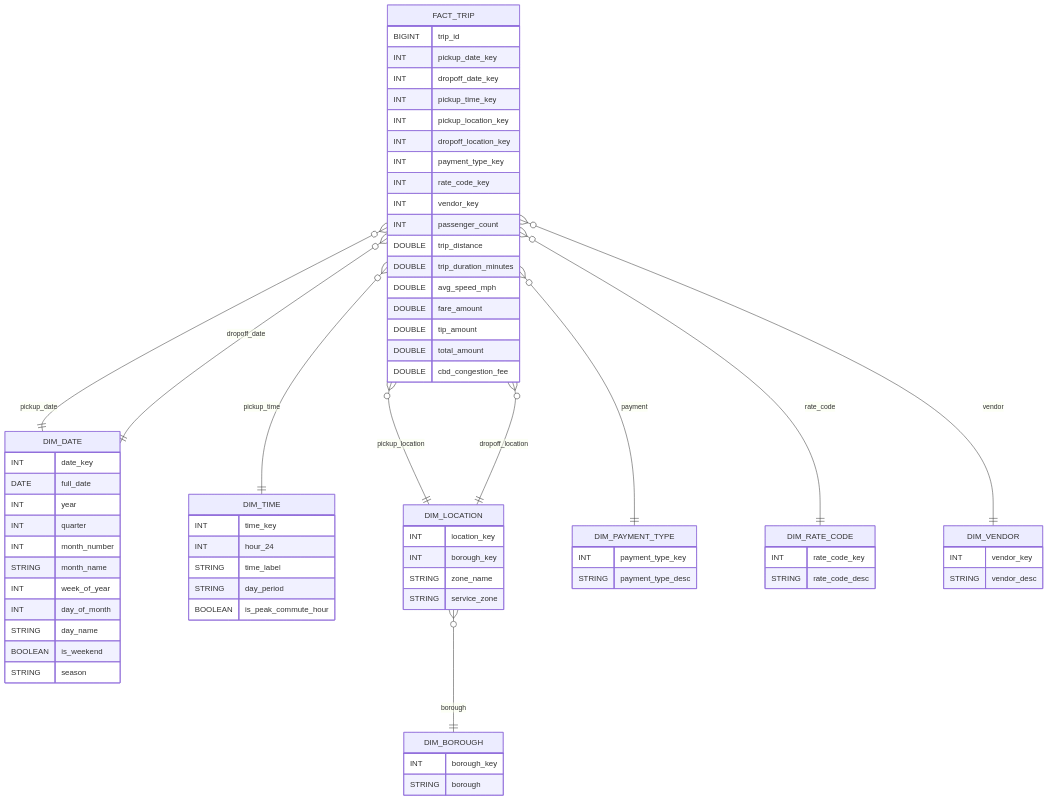
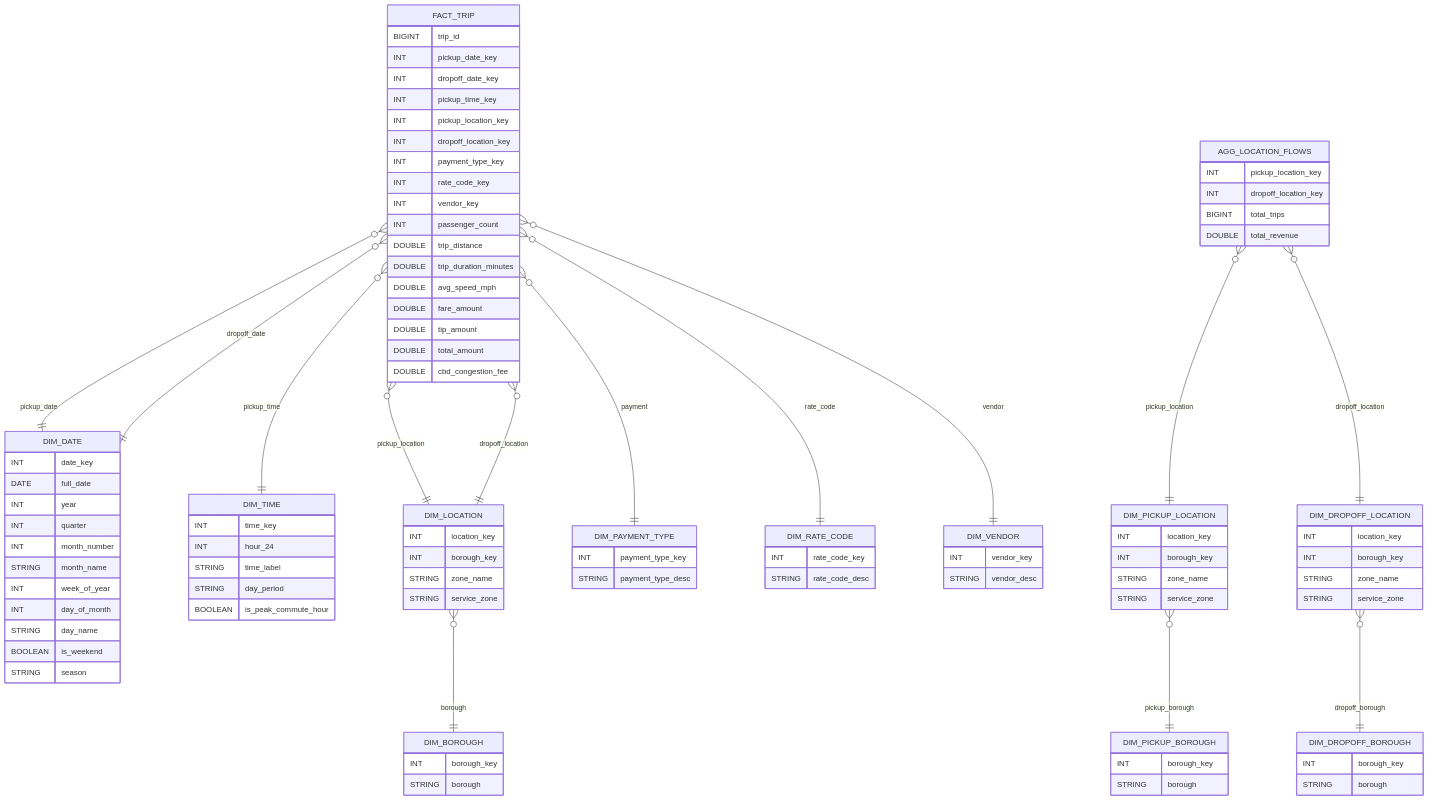
Before and after one commit to franc225/nycyellowtaxitrip: the diagram in README.md, drawn with Mermaid. The commit also changed other lines of this file and 3 other files, not shown here.

````diff
--- a/README.md
+++ b/README.md
@@ -139,6 +140,37 @@
         STRING vendor_desc
     }
 
+    AGG_LOCATION_FLOWS {
+        INT pickup_location_key
+        INT dropoff_location_key
+        BIGINT total_trips
+        DOUBLE total_revenue
+    }
+
+    DIM_PICKUP_LOCATION {
+        INT location_key
+        INT borough_key
+        STRING zone_name
+        STRING service_zone
+    }
+
+    DIM_DROPOFF_LOCATION {
+        INT location_key
+        INT borough_key
+        STRING zone_name
+        STRING service_zone
+    }
+
+    DIM_PICKUP_BOROUGH {
+        INT borough_key
+        STRING borough
+    }
+
+    DIM_DROPOFF_BOROUGH {
+        INT borough_key
+        STRING borough
+    }
+
     FACT_TRIP }o--|| DIM_DATE : pickup_date
     FACT_TRIP }o--|| DIM_DATE : dropoff_date
     FACT_TRIP }o--|| DIM_TIME : pickup_time
@@ -148,4 +180,9 @@
     FACT_TRIP }o--|| DIM_PAYMENT_TYPE : payment
     FACT_TRIP }o--|| DIM_RATE_CODE : rate_code
     FACT_TRIP }o--|| DIM_VENDOR : vendor
+
+    AGG_LOCATION_FLOWS }o--|| DIM_PICKUP_LOCATION : pickup_location
+    AGG_LOCATION_FLOWS }o--|| DIM_DROPOFF_LOCATION : dropoff_location
+    DIM_PICKUP_LOCATION }o--|| DIM_PICKUP_BOROUGH : pickup_borough
+    DIM_DROPOFF_LOCATION }o--|| DIM_DROPOFF_BOROUGH : dropoff_borough
 ```
````
